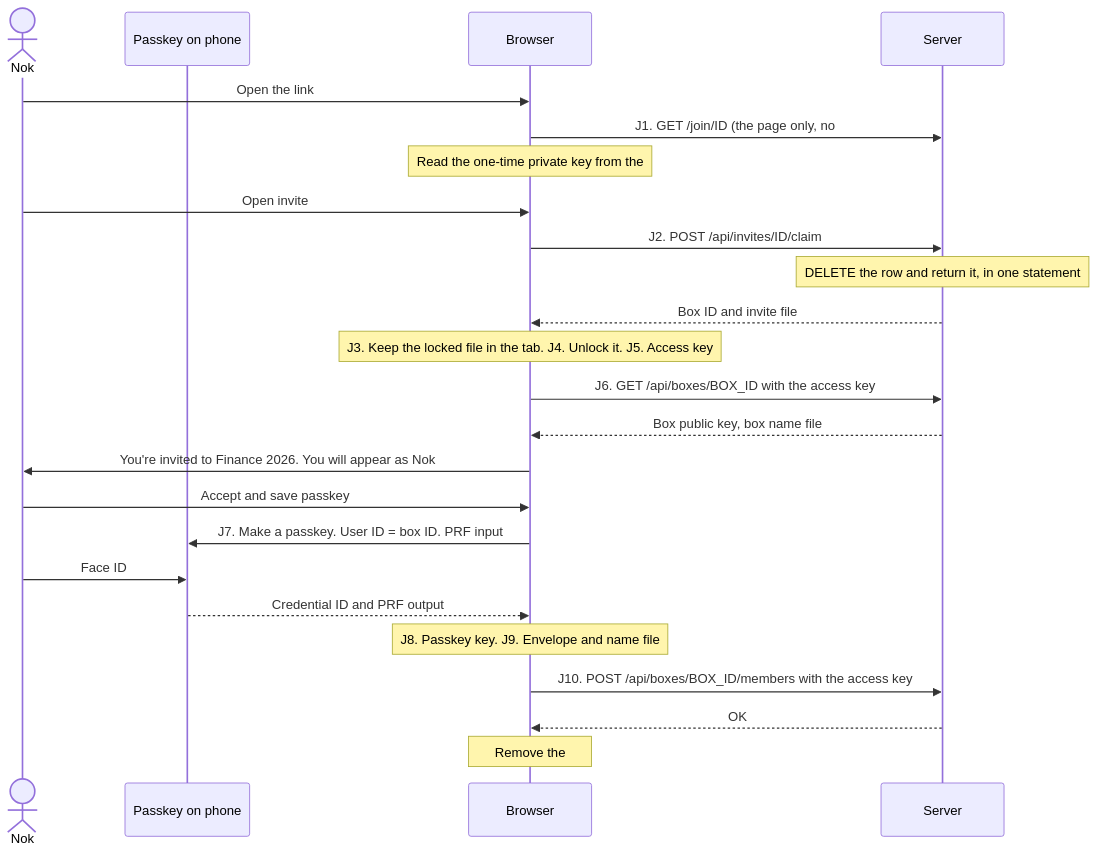
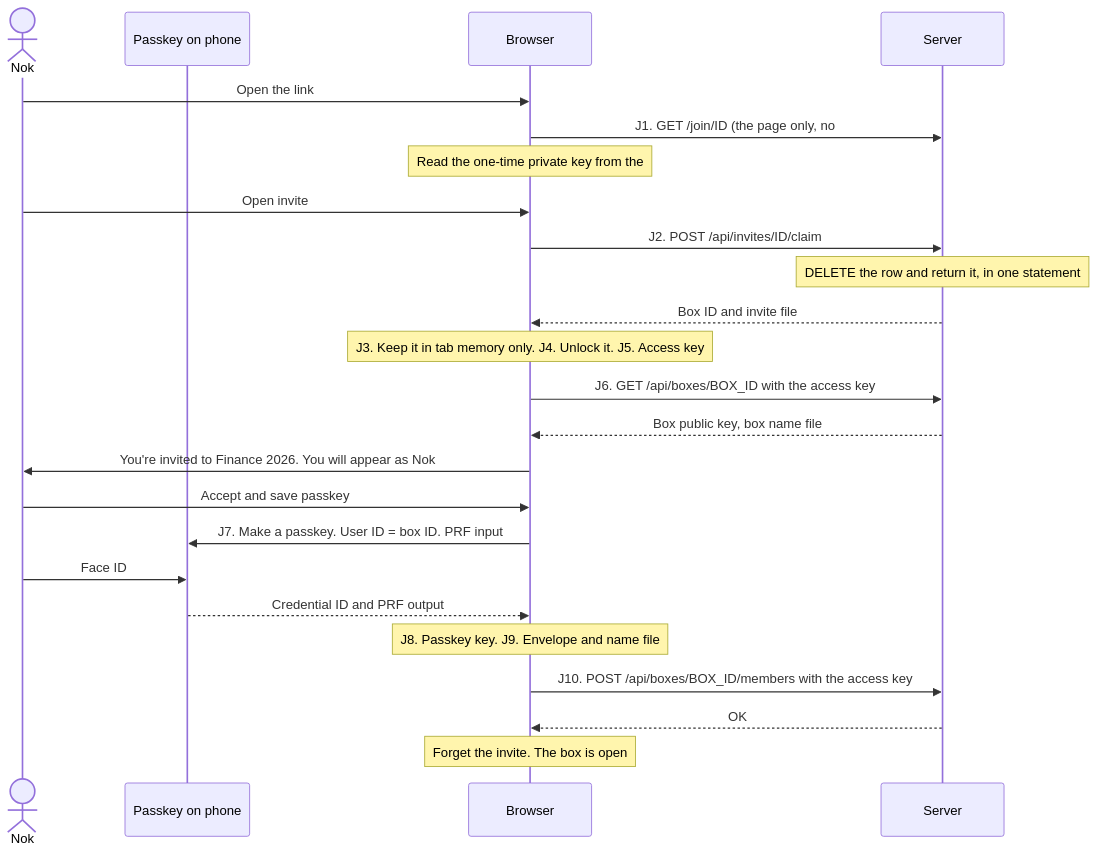
One commit to intaniger/secretbox changed the first of 2 diagrams in docs/05-use-invite.md. Above: the diagram before and after it, drawn with Mermaid. The commit also changed other lines of this file and 15 other files, not shown here.

````diff
--- a/docs/05-use-invite.md
+++ b/docs/05-use-invite.md
@@ -35,26 +35,26 @@
 ```mermaid
 sequenceDiagram
   actor N as Nok
   participant P as Passkey on phone
   participant B as Browser
   participant S as Server
   N->>B: Open the link
   B->>S: J1. GET /join/ID (the page only, no # part)
-  Note over B: Read the one-time private key from the # part
+  Note over B: Read the one-time private key from the # part. Remove the # part from the address
   N->>B: Open invite
   B->>S: J2. POST /api/invites/ID/claim
   Note over S: DELETE the row and return it, in one statement
   S-->>B: Box ID and invite file
-  Note over B: J3. Keep the locked file in the tab. J4. Unlock it. J5. Access key
+  Note over B: J3. Keep it in tab memory only. J4. Unlock it. J5. Access key
   B->>S: J6. GET /api/boxes/BOX_ID with the access key
   S-->>B: Box public key, box name file
   B->>N: You're invited to Finance 2026. You will appear as Nok
   N->>B: Accept and save passkey
   B->>P: J7. Make a passkey. User ID = box ID. PRF input
   N->>P: Face ID
   P-->>B: Credential ID and PRF output
   Note over B: J8. Passkey key. J9. Envelope and name file
   B->>S: J10. POST /api/boxes/BOX_ID/members with the access key
   S-->>B: OK
-  Note over B: Remove the # part from the address. The box is open
+  Note over B: Forget the invite. The box is open
 ```
````
